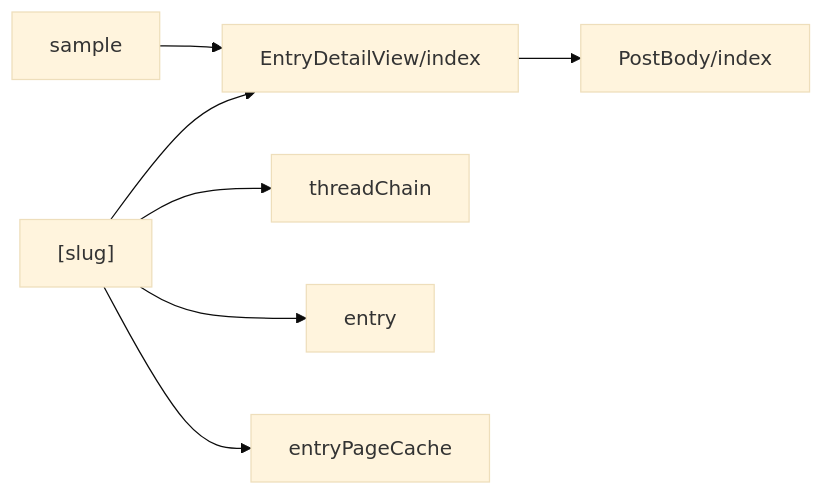
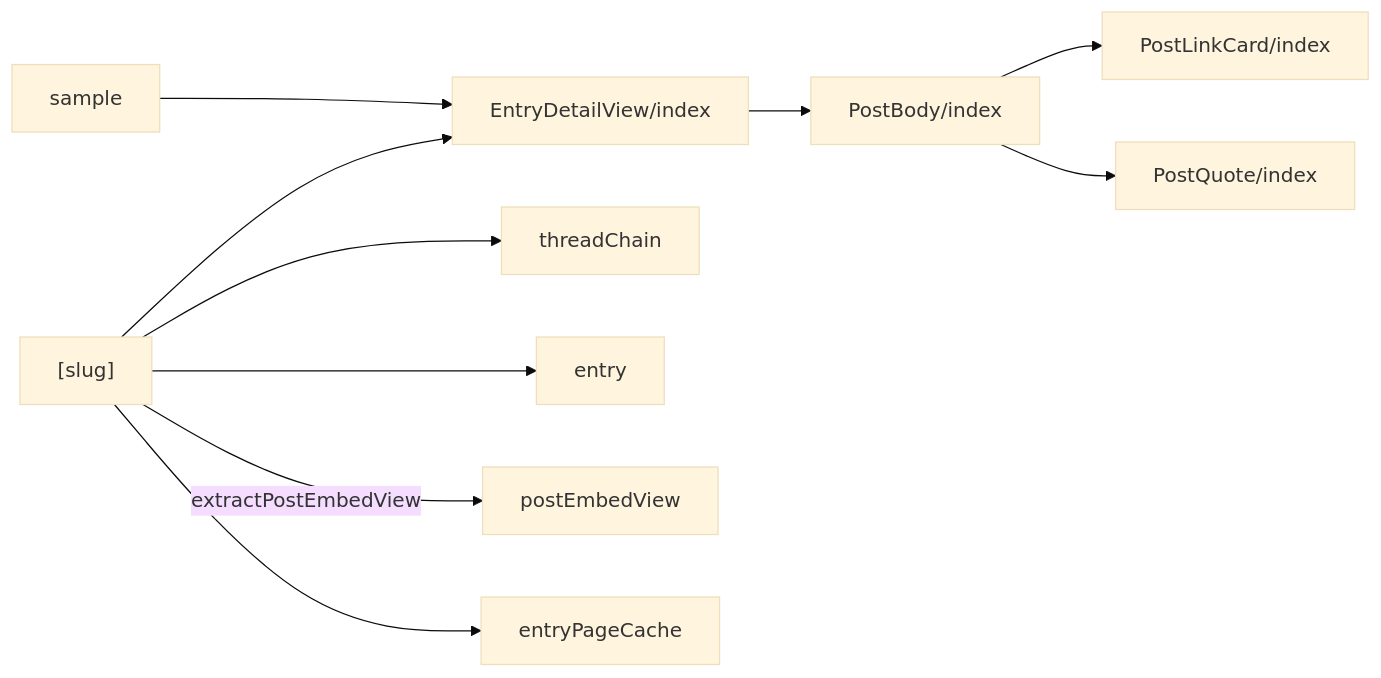
One commit to nekono-dev/skyshare changed the first of 2 diagrams in specs/entry-detail/design.md. Above: the diagram before and after it, drawn with Mermaid (base theme). The commit also changed other lines of this file and 15 other files, not shown here.

````diff
--- a/specs/entry-detail/design.md
+++ b/specs/entry-detail/design.md
@@ -19,9 +22,12 @@
 ```mermaid
 flowchart LR
   slug["[slug]"] --> edv["EntryDetailView/index"]
   slug --> threadChain
   slug --> entry
+  slug -->|extractPostEmbedView| postEmbedView
   slug --> entryPageCache
   edv --> pb["PostBody/index"]
+  pb --> plc["PostLinkCard/index"]
+  pb --> pq["PostQuote/index"]
   sample --> edv
 ```
````
